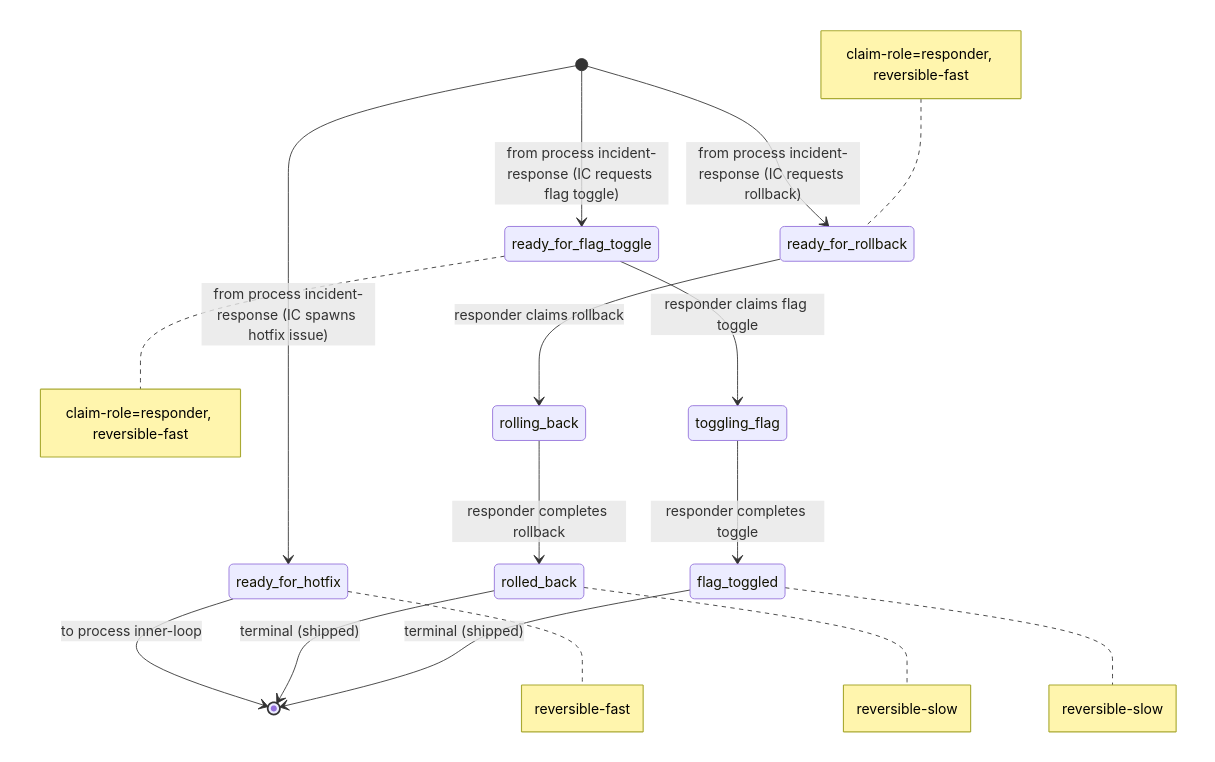
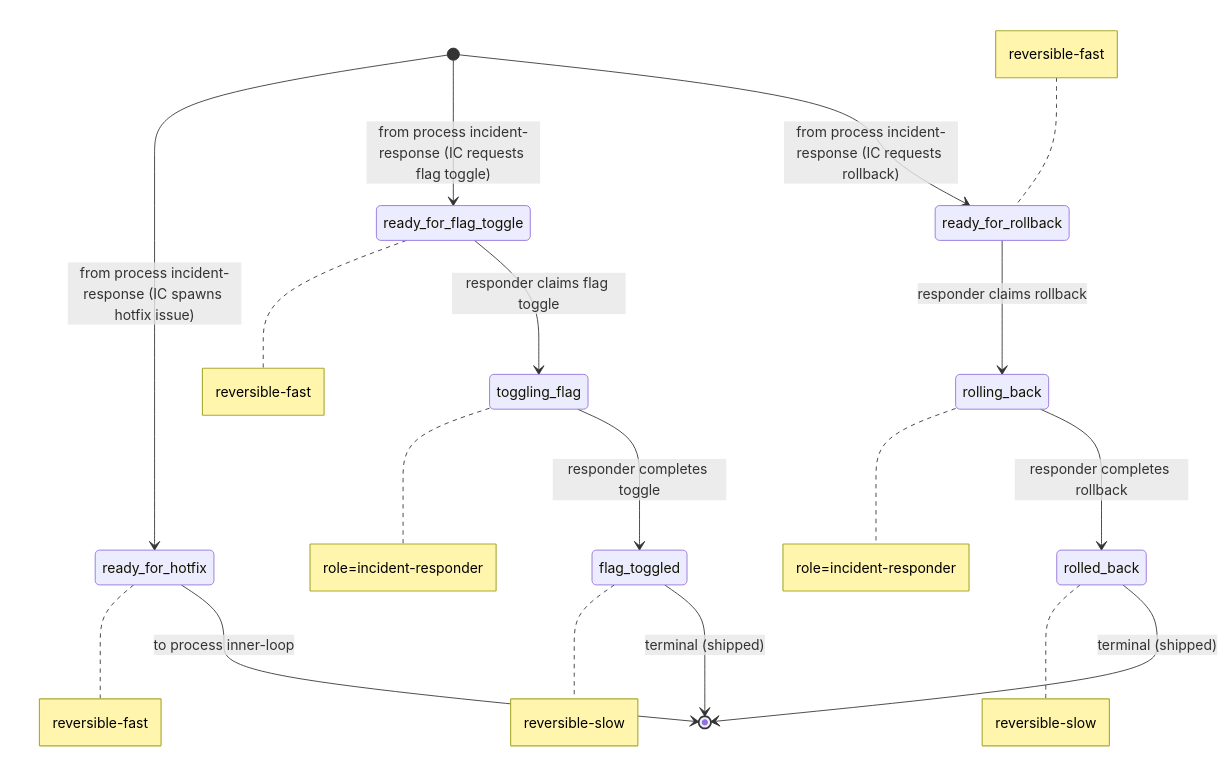
The diagram in examples/workflows/mitigation.md (blemees/blemees-workflow), drawn with Mermaid before and after one commit. The commit also changed other lines of this file and 65 other files, not shown here.

````diff
--- a/examples/workflows/mitigation.md
+++ b/examples/workflows/mitigation.md
@@ -7,26 +7,28 @@
 ```mermaid
 stateDiagram-v2
     %% Cross-process interfaces:
     %%   Entry (spawn ): ready_for_rollback from process incident-response
     %%   Entry (spawn ): ready_for_flag_toggle from process incident-response
     %%   Entry (spawn ): ready_for_hotfix from process incident-response
     %%   Exit  (shared): ready_for_hotfix to process inner-loop
     %%
 
     [*] --> ready_for_rollback: from process incident-response (IC requests rollback)
     [*] --> ready_for_flag_toggle: from process incident-response (IC requests flag toggle)
     [*] --> ready_for_hotfix: from process incident-response (IC spawns hotfix issue)
     ready_for_rollback --> rolling_back: responder claims rollback
     rolling_back --> rolled_back: responder completes rollback
     ready_for_flag_toggle --> toggling_flag: responder claims flag toggle
     toggling_flag --> flag_toggled: responder completes toggle
     ready_for_hotfix --> [*]: to process inner-loop
     rolled_back --> [*]: terminal (shipped)
     flag_toggled --> [*]: terminal (shipped)
 
-    note left of ready_for_rollback: claim-role=responder, reversible-fast
-    note right of ready_for_flag_toggle: claim-role=responder, reversible-fast
+    note left of ready_for_rollback: reversible-fast
+    note right of ready_for_flag_toggle: reversible-fast
     note right of ready_for_hotfix: reversible-fast
+    note right of rolling_back: role=incident-responder
     note right of rolled_back: reversible-slow
+    note right of toggling_flag: role=incident-responder
     note right of flag_toggled: reversible-slow
 ```
````
